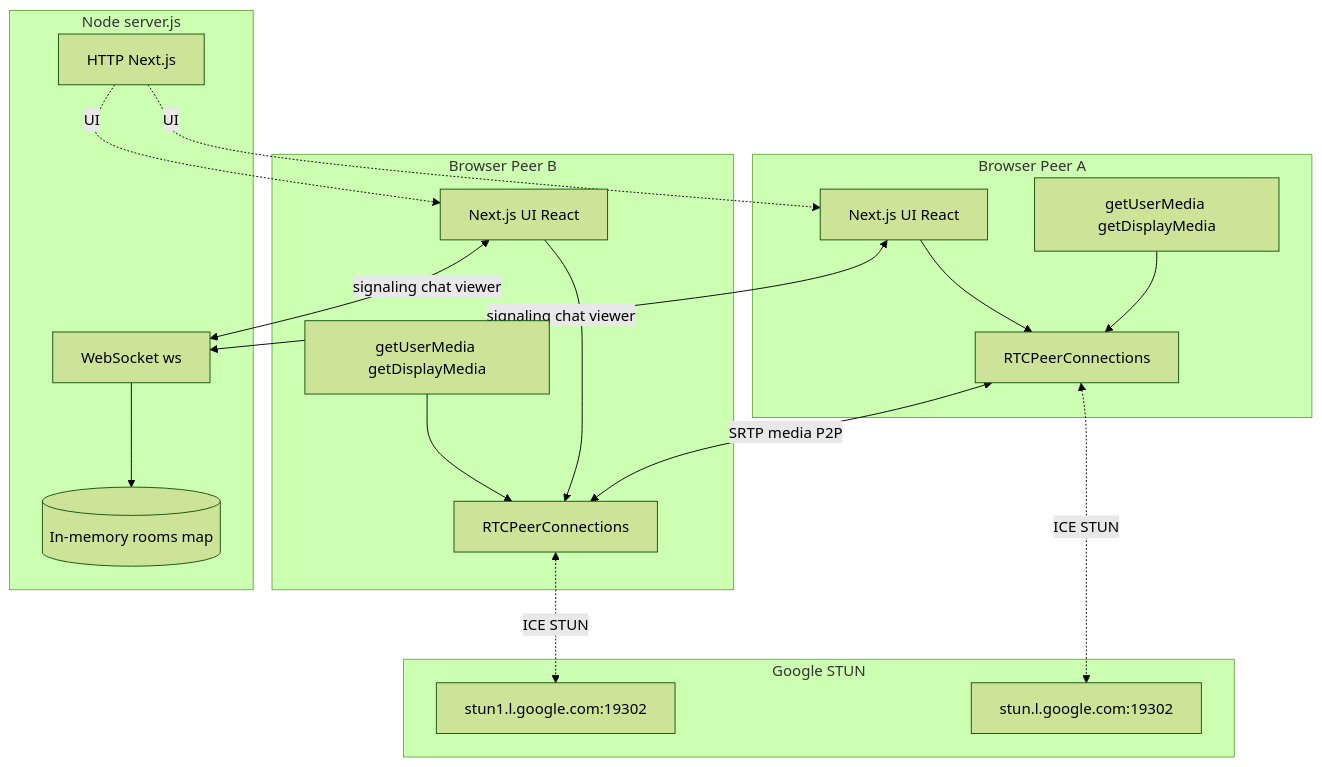
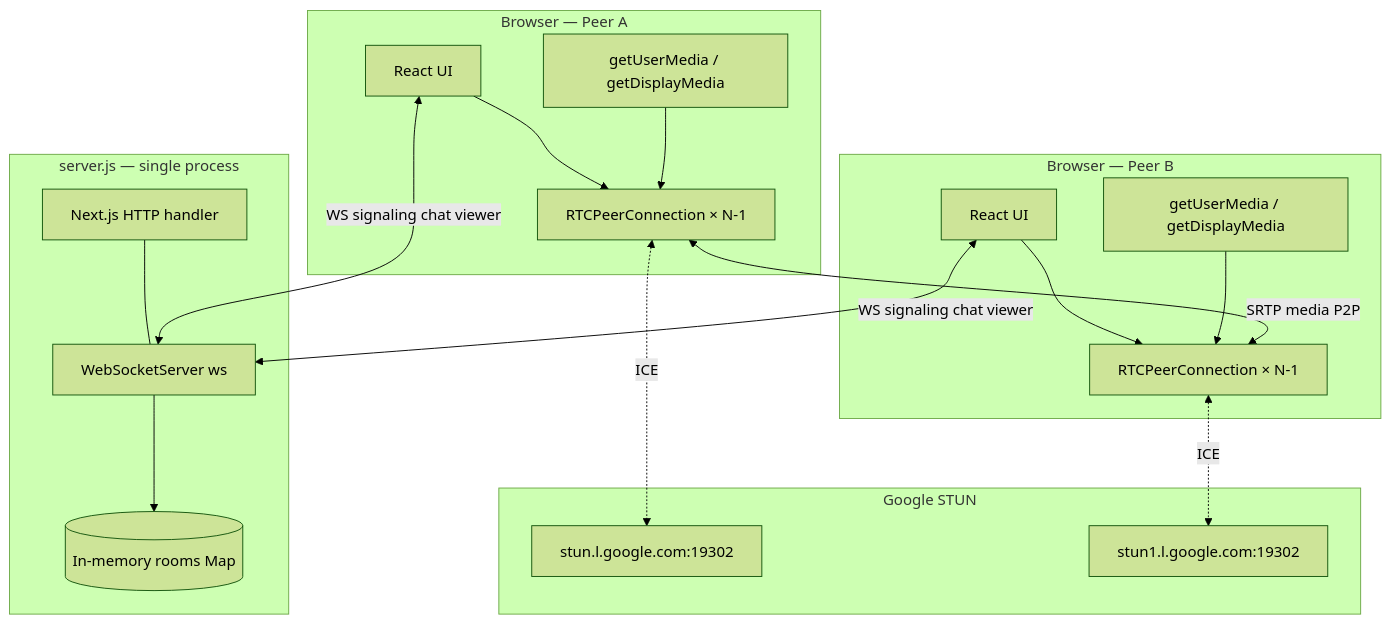
One commit to subhm2004/NexusRTC-Real-Time-Multi-Peer-Communication changed the first of 5 diagrams in README.md. Above: the diagram before and after it, drawn with Mermaid (forest theme). The commit also changed other lines of this file, not shown here.

````diff
--- a/README.md
+++ b/README.md
@@ -123,38 +268,37 @@
 ```mermaid
 flowchart TB
-  subgraph Client_A["Browser Peer A"]
-    UI_A["Next.js UI React"]
-    RTC_A["RTCPeerConnections"]
-    Media_A["getUserMedia getDisplayMedia"]
-    UI_A --> RTC_A
-    Media_A --> RTC_A
+  subgraph BrowserA["Browser — Peer A"]
+    UI_A["React UI"]
+    PC_A["RTCPeerConnection × N-1"]
+    Media_A["getUserMedia / getDisplayMedia"]
+    UI_A --> PC_A
+    Media_A --> PC_A
   end
 
-  subgraph Client_B["Browser Peer B"]
-    UI_B["Next.js UI React"]
-    RTC_B["RTCPeerConnections"]
-    Media_B["getUserMedia getDisplayMedia"]
-    UI_B --> RTC_B
-    Media_B --> RTC_B
+  subgraph BrowserB["Browser — Peer B"]
+    UI_B["React UI"]
+    PC_B["RTCPeerConnection × N-1"]
+    Media_B["getUserMedia / getDisplayMedia"]
+    UI_B --> PC_B
+    Media_B --> PC_B
   end
 
-  subgraph Server["Node server.js"]
-    HTTP["HTTP Next.js"]
-    WSS["WebSocket ws"]
-    State[("In-memory rooms map")]
-    HTTP -. UI .-> UI_A
-    HTTP -. UI .-> UI_B
-    WSS --> State
+  subgraph Server["server.js — single process"]
+    Next["Next.js HTTP handler"]
+    WSS["WebSocketServer ws"]
+    Mem[("In-memory rooms Map")]
+    Next --- WSS
+    WSS --> Mem
   end
 
   subgraph STUN["Google STUN"]
-    S1["stun.l.google.com:19302"]
-    S2["stun1.l.google.com:19302"]
+    STUN1["stun.l.google.com:19302"]
+    STUN2["stun1.l.google.com:19302"]
   end
 
-  UI_A <-->|signaling chat viewer| WSS
-  UI_B <-->|signaling chat viewer| WSS
-  RTC_A <-. ICE STUN .-> S1
-  RTC_B <-. ICE STUN .-> S2
-  RTC_A <-->|SRTP media P2P| RTC_B
+  UI_A <-->|WS signaling chat viewer| WSS
+  UI_B <-->|WS signaling chat viewer| WSS
+  PC_A <-. ICE .-> STUN1
+  PC_B <-. ICE .-> STUN2
+  PC_A <-->|SRTP media P2P| PC_B
 ```
````
